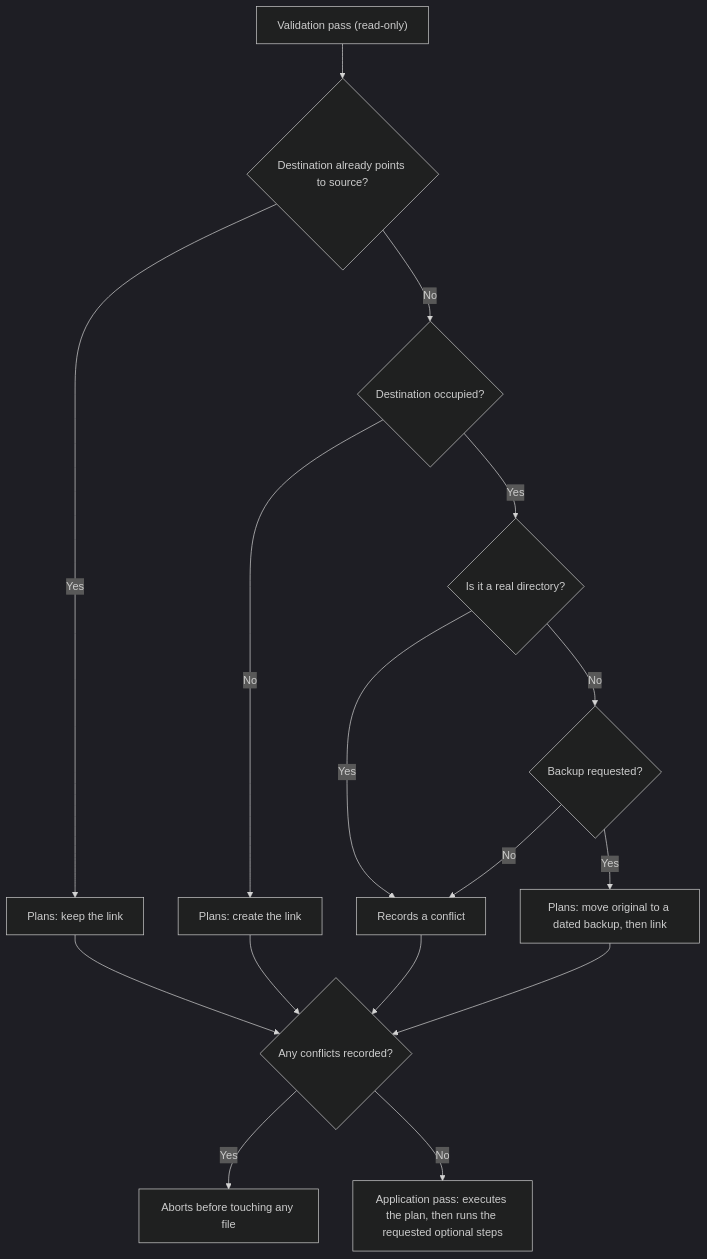
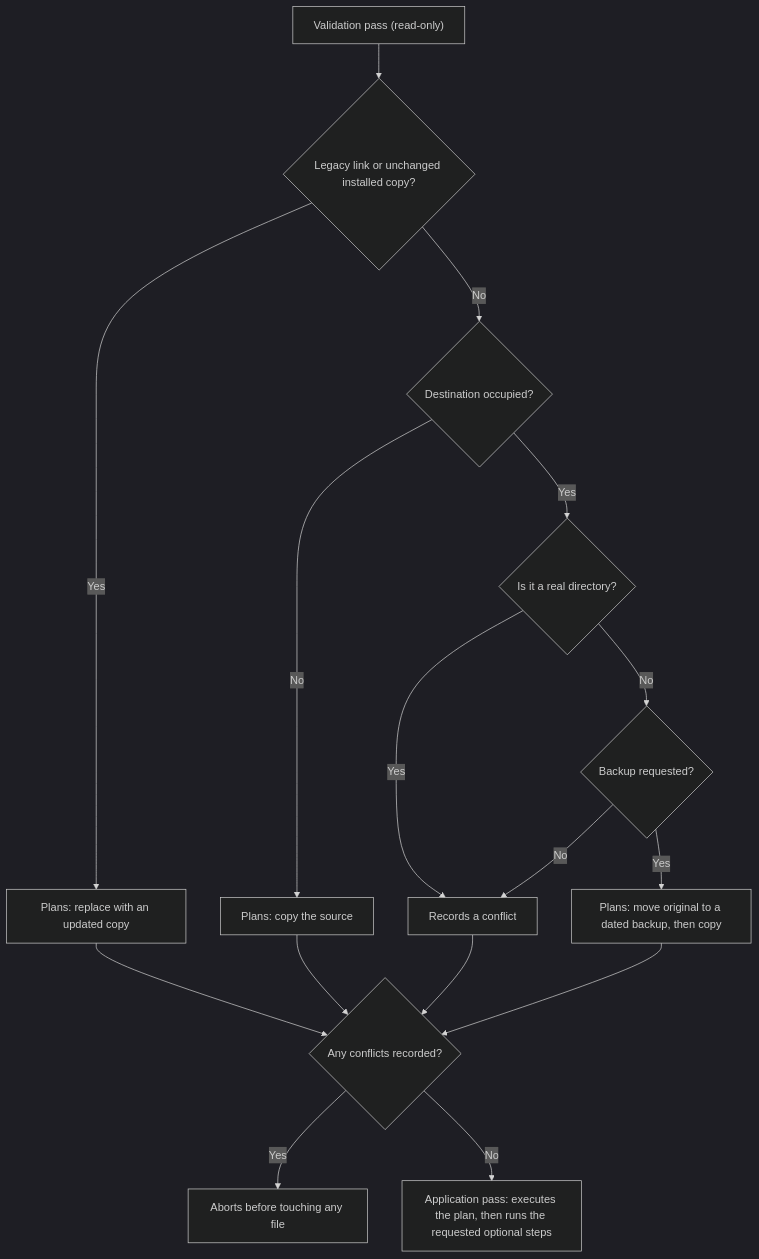
One commit to KitsuneSemCalda/Dotfiles changed the eighth of 8 diagrams in SamsungBook-Np550xda/docs/architecture.md. Above: the diagram before and after it, drawn with Mermaid (dark theme). The commit also changed other lines of this file and 2 other files, not shown here.

Commit message:
docs: describe copy-based installation and restore

````diff
--- a/SamsungBook-Np550xda/docs/architecture.md
+++ b/SamsungBook-Np550xda/docs/architecture.md
@@ -285,18 +285,18 @@
 ```mermaid
 flowchart TD
-  A["Validation pass (read-only)"] --> B{"Destination already points to source?"}
-  B -->|Yes| C["Plans: keep the link"]
+  A["Validation pass (read-only)"] --> B{"Legacy link or unchanged installed copy?"}
+  B -->|Yes| C["Plans: replace with an updated copy"]
   B -->|No| D{"Destination occupied?"}
-  D -->|No| E["Plans: create the link"]
+  D -->|No| E["Plans: copy the source"]
   D -->|Yes| F{"Is it a real directory?"}
   F -->|Yes| G["Records a conflict"]
   F -->|No| H{"Backup requested?"}
   H -->|No| G
-  H -->|Yes| I["Plans: move original to a dated backup, then link"]
+  H -->|Yes| I["Plans: move original to a dated backup, then copy"]
   C --> J{"Any conflicts recorded?"}
   E --> J
   G --> J
   I --> J
   J -->|Yes| K["Aborts before touching any file"]
   J -->|No| L["Application pass: executes the plan, then runs the requested optional steps"]
 ```
````
